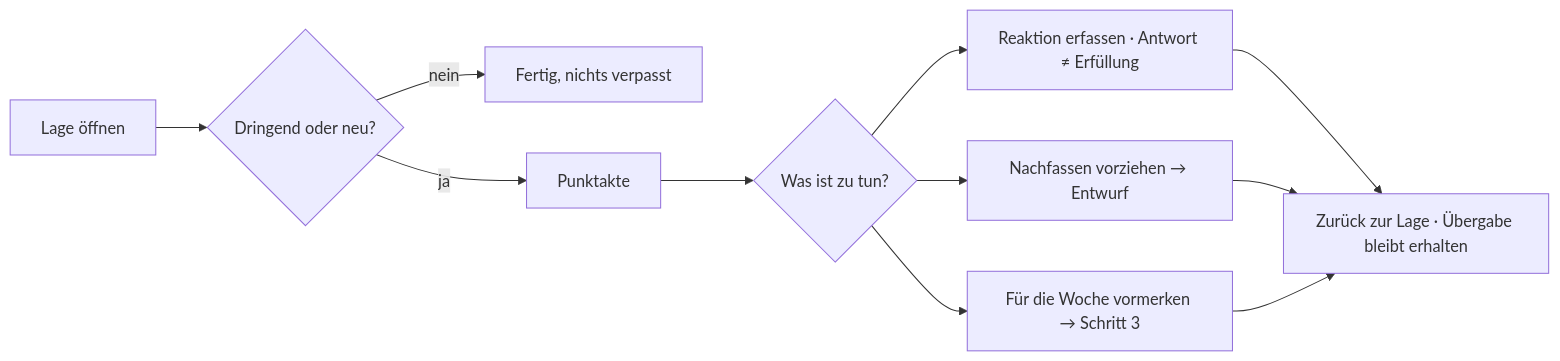
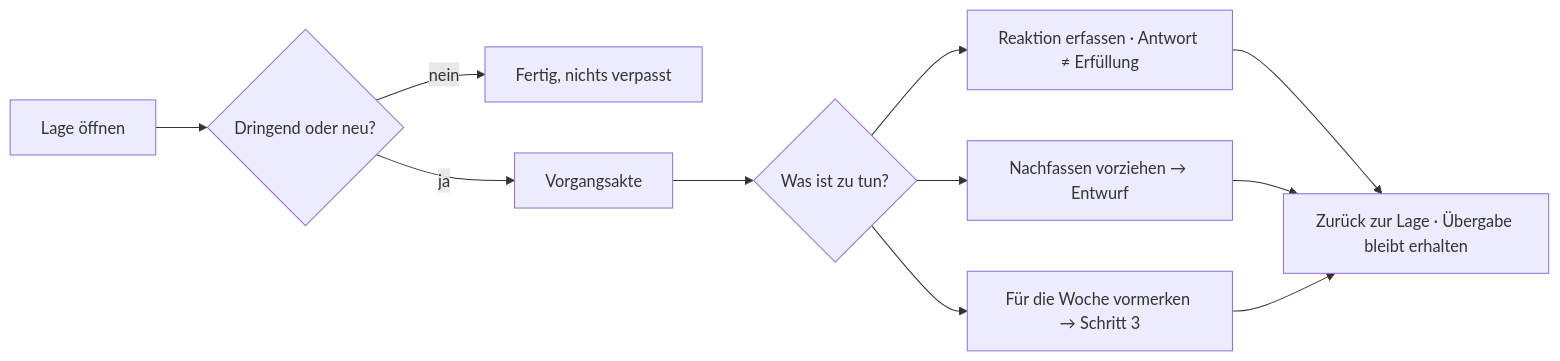
The diagram in docs/design/user-flows/FLOW-03 - Lagecheck unterwegs.md (Luis85/weg-manager), drawn with Mermaid before and after one commit. The commit also changed other lines of this file and 395 other files, not shown here.

````diff
--- a/docs/design/user-flows/FLOW-03 - Lagecheck unterwegs.md
+++ b/docs/design/user-flows/FLOW-03 - Lagecheck unterwegs.md
@@ -25,11 +25,11 @@
 ```mermaid
 flowchart LR
   A[Lage öffnen] --> B{Dringend oder neu?}
   B -- nein --> F[Fertig, nichts verpasst]
-  B -- ja --> P[Punktakte]
+  B -- ja --> P[Vorgangsakte]
   P --> C{Was ist zu tun?}
   C --> R[Reaktion erfassen · Antwort ≠ Erfüllung]
   C --> N[Nachfassen vorziehen → Entwurf]
   C --> V[Für die Woche vormerken → Schritt 3]
   R & N & V --> L[Zurück zur Lage · Übergabe bleibt erhalten]
 ```
````
